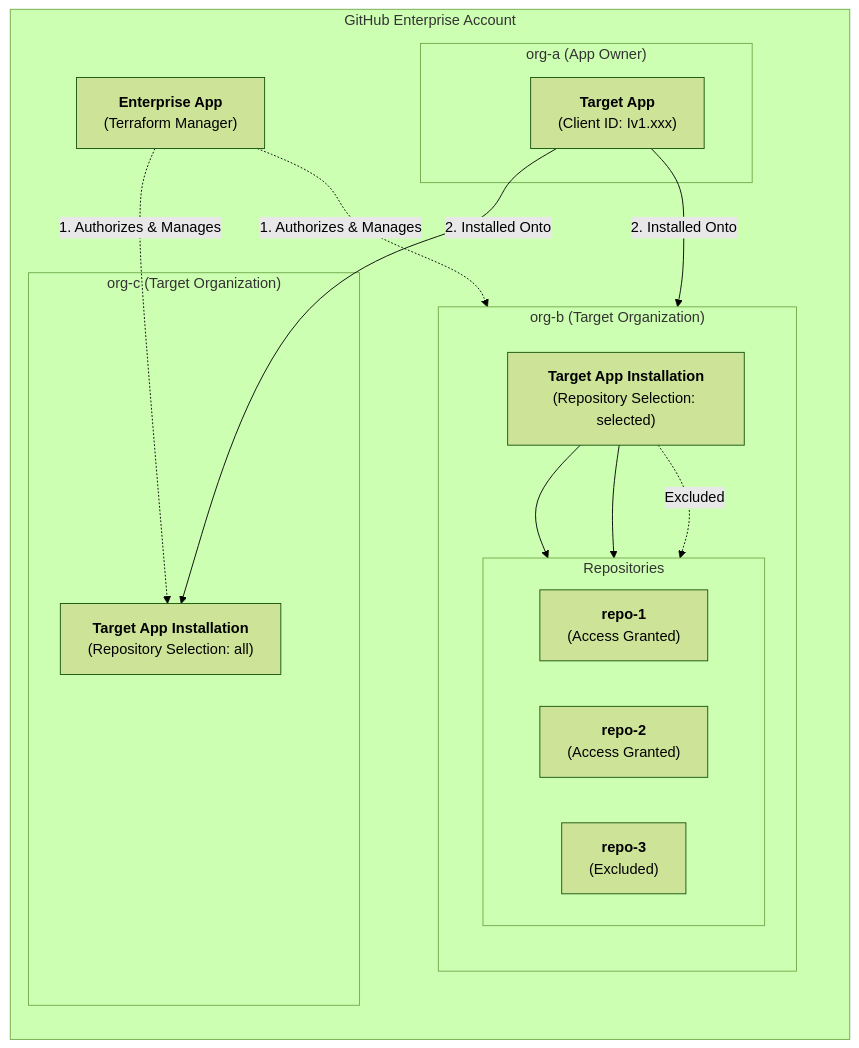
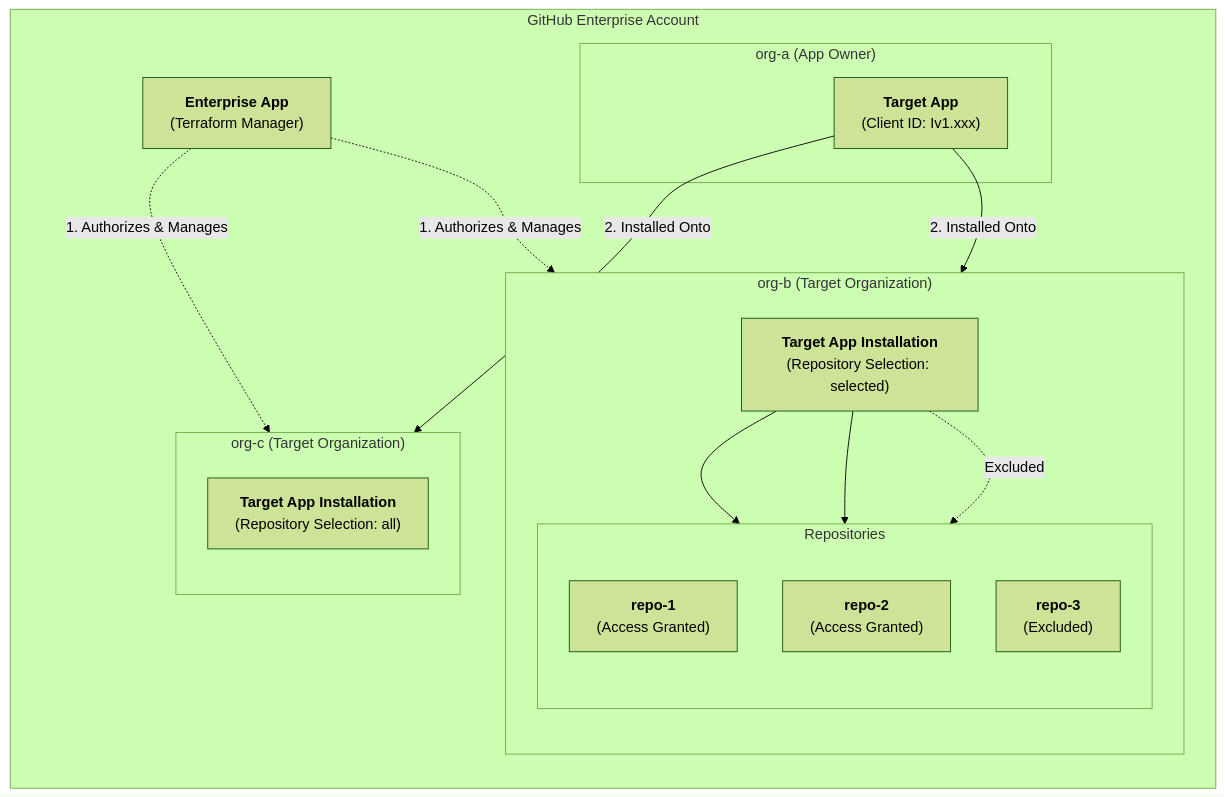
One commit to google/terraform-provider-gh-app-unofficial changed the diagram in README.md. Above: the diagram before and after it, drawn with Mermaid (forest theme). The commit also changed other lines of this file and 1 other file, not shown here.

Commit message:
docs: tweak context and diagrams

````diff
--- a/README.md
+++ b/README.md
@@ -36,45 +37,46 @@
 ```mermaid
 flowchart TD
     subgraph Enterprise ["GitHub Enterprise Account"]
         direction TB
 
         ENT_APP["`**Enterprise App**
         (Terraform Manager)`"]
 
         subgraph ORG_A ["org-a (App Owner)"]
             TARGET_APP["`**Target App**
             (Client ID: Iv1.xxx)`"]
         end
 
         subgraph ORG_B ["org-b (Target Organization)"]
             direction TB
             INST_B["`**Target App Installation**
             (Repository Selection: selected)`"]
-            
-            subgraph Repos ["Repositories"]
-                direction LR
+
+            subgraph REPOS_B ["Repositories"]
+                direction TB
                 R1["`**repo-1**
                 (Access Granted)`"]
                 R2["`**repo-2**
                 (Access Granted)`"]
                 R3["`**repo-3**
                 (Excluded)`"]
             end
 
-            INST_B --> R1
-            INST_B --> R2
-            INST_B -.->|Excluded| R3
+            INST_B --> REPOS_B
+            INST_B --> REPOS_B
+            INST_B -.->|Excluded| REPOS_B
         end
 
         subgraph ORG_C ["org-c (Target Organization)"]
+            direction TB
             INST_C["`**Target App Installation**
             (Repository Selection: all)`"]
         end
 
         ENT_APP -.->|"1. Authorizes & Manages"| INST_B
         ENT_APP -.->|"1. Authorizes & Manages"| INST_C
 
         TARGET_APP -->|"2. Installed Onto"| INST_B
         TARGET_APP -->|"2. Installed Onto"| INST_C
     end
 ```
````
